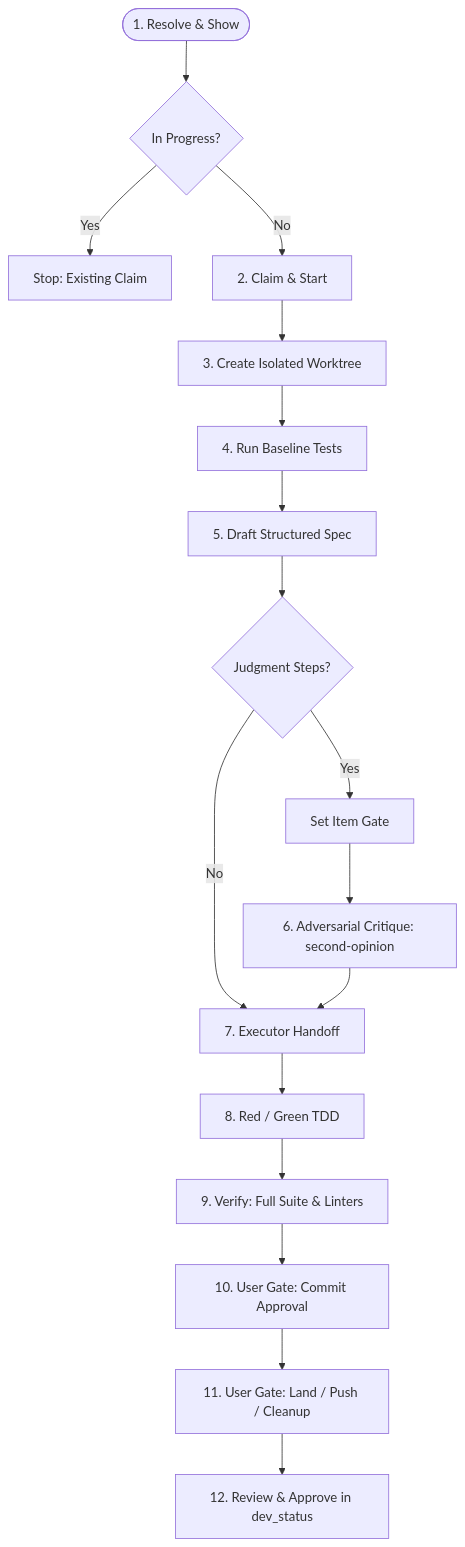
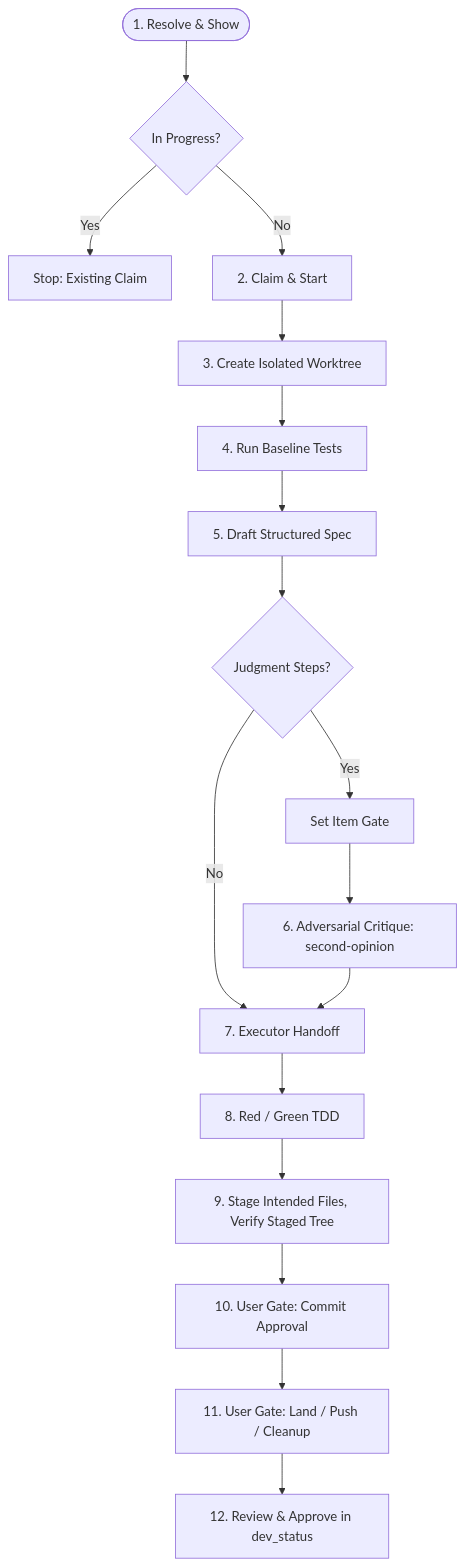
One commit to theonepichael/agent-toolkit changed the second of 5 diagrams in docs/architecture/overview.md. Above: the diagram before and after it, drawn with Mermaid. The commit also changed 13 other files, not shown here.

Commit message:
fix(backlog-item): verify staged tree before approval

````diff
--- a/docs/architecture/overview.md
+++ b/docs/architecture/overview.md
@@ -89,19 +89,19 @@
 ```mermaid
 flowchart TD
     Start([1. Resolve & Show]) --> CheckStatus{In Progress?}
     CheckStatus -->|Yes| Halt[Stop: Existing Claim]
     CheckStatus -->|No| Claim[2. Claim & Start]
     Claim --> Branch[3. Create Isolated Worktree]
     Branch --> Baseline[4. Run Baseline Tests]
     Baseline --> Spec[5. Draft Structured Spec]
     Spec --> GateCheck{Judgment Steps?}
     GateCheck -->|Yes| GateSet[Set Item Gate]
     GateSet --> Critique[6. Adversarial Critique: second-opinion]
     GateCheck -->|No| Handoff[7. Executor Handoff]
     Critique --> Handoff
     Handoff --> TDD[8. Red / Green TDD]
-    TDD --> Verify[9. Verify: Full Suite & Linters]
+    TDD --> Verify[9. Stage Intended Files, Verify Staged Tree]
     Verify --> GateCommit[10. User Gate: Commit Approval]
     GateCommit --> GateLand[11. User Gate: Land / Push / Cleanup]
     GateLand --> Close[12. Review & Approve in dev_status]
 ```
````
